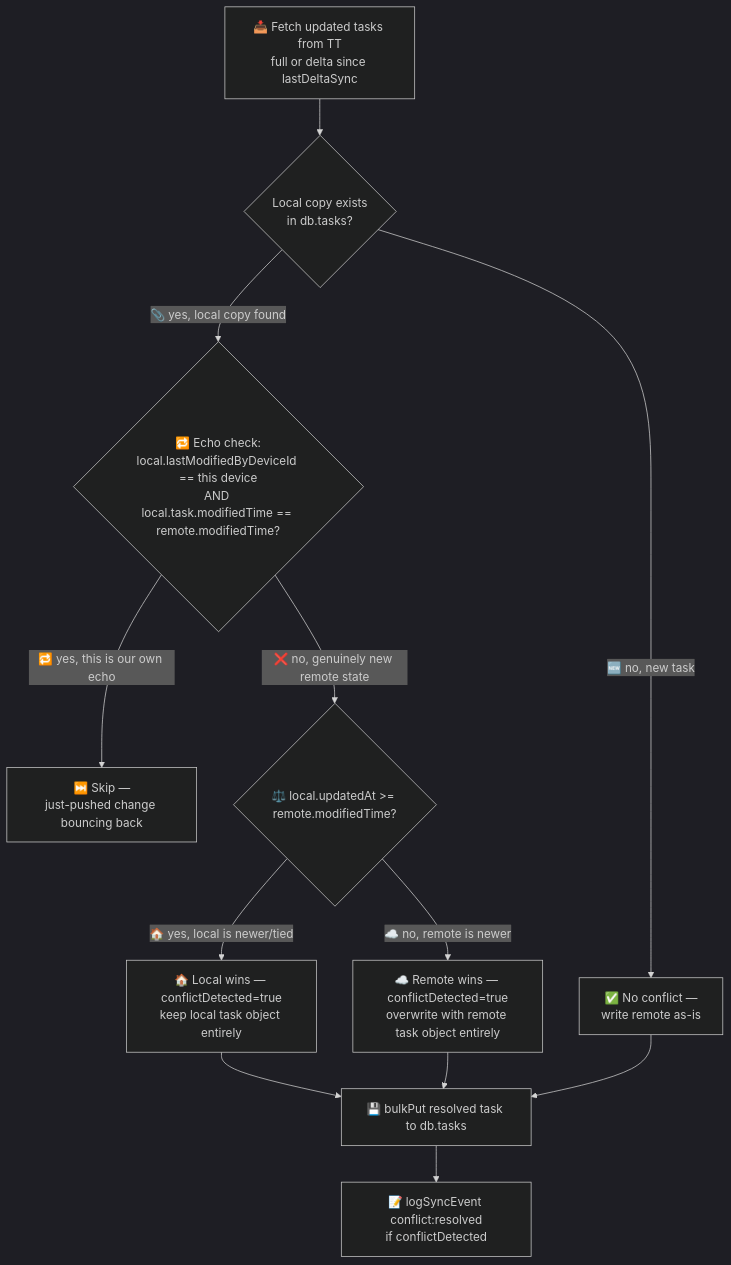
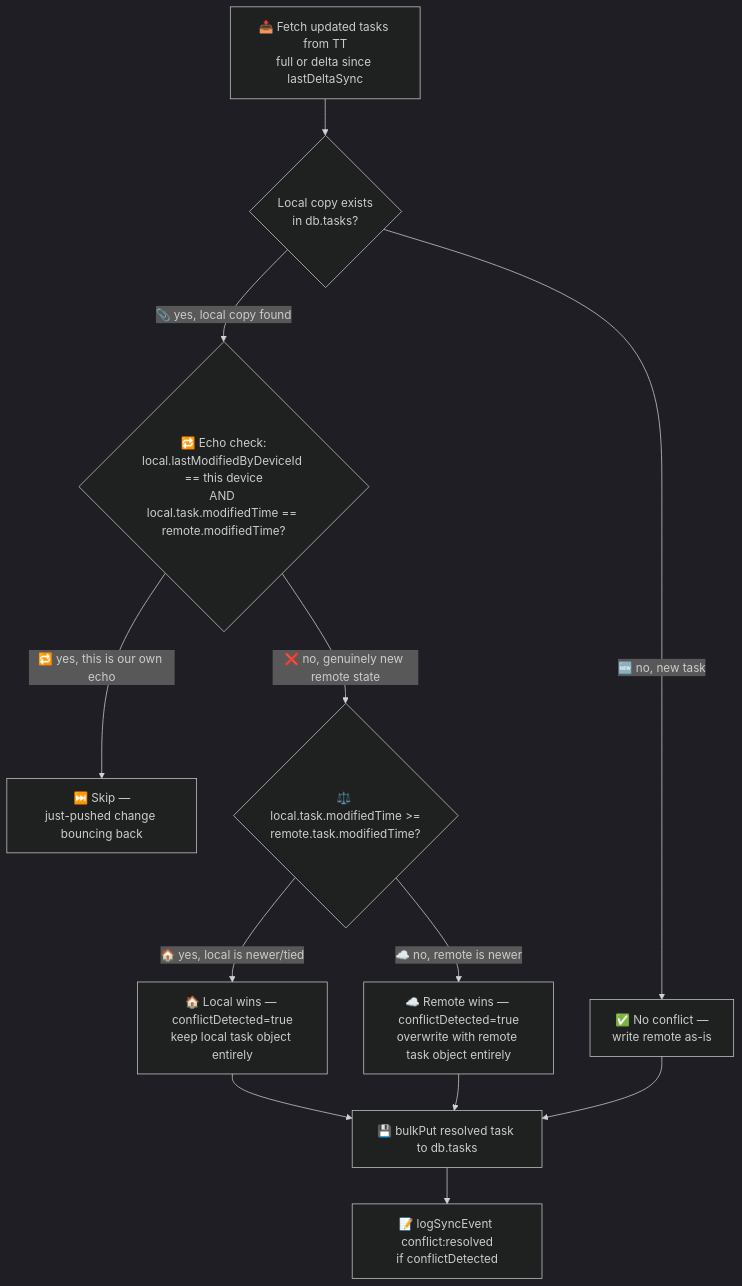
One commit to dbarnett/TickTickSync changed the second of 5 diagrams in docs/sync-logic.md. Above: the diagram before and after it, drawn with Mermaid (dark theme). The commit also changed other lines of this file and 3 other files, not shown here.

````diff
--- a/docs/sync-logic.md
+++ b/docs/sync-logic.md
@@ -69,14 +69,14 @@
 ```mermaid
 flowchart TD
     A[📥 Fetch updated tasks from TT<br/>full or delta since lastDeltaSync] --> B{Local copy exists<br/>in db.tasks?}
     B -- "🆕 no, new task" --> C[✅ No conflict —<br/>write remote as-is]
     B -- "📎 yes, local copy found" --> D{🔁 Echo check:<br/>local.lastModifiedByDeviceId == this device<br/>AND local.task.modifiedTime == remote.modifiedTime?}
     D -- "🔁 yes, this is our own echo" --> E[⏭️ Skip —<br/>just-pushed change bouncing back]
-    D -- "❌ no, genuinely new remote state" --> F{⚖️ local.updatedAt >= remote.modifiedTime?}
+    D -- "❌ no, genuinely new remote state" --> F{⚖️ local.task.modifiedTime >=<br/>remote.task.modifiedTime?}
     F -- "🏠 yes, local is newer/tied" --> G[🏠 Local wins — conflictDetected=true<br/>keep local task object entirely]
     F -- "☁️ no, remote is newer" --> H[☁️ Remote wins — conflictDetected=true<br/>overwrite with remote task object entirely]
     G --> I[💾 bulkPut resolved task to db.tasks]
     H --> I
     C --> I
     I --> J[📝 logSyncEvent conflict:resolved<br/>if conflictDetected]
 ```
````
